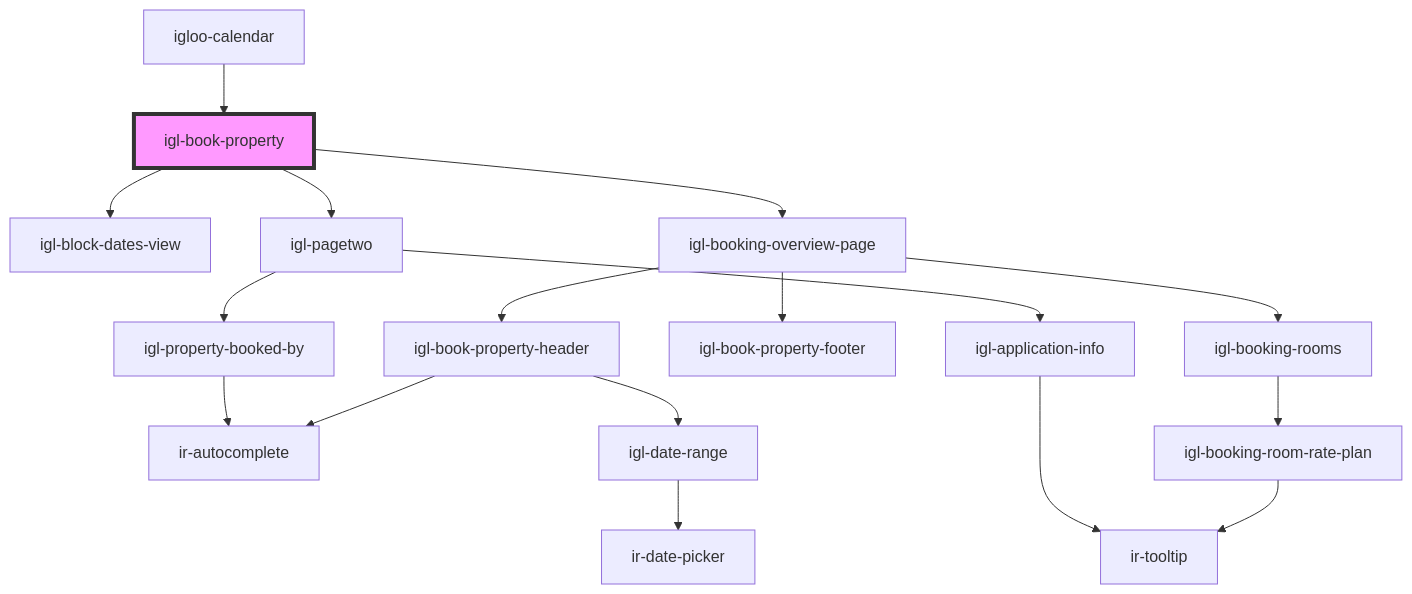
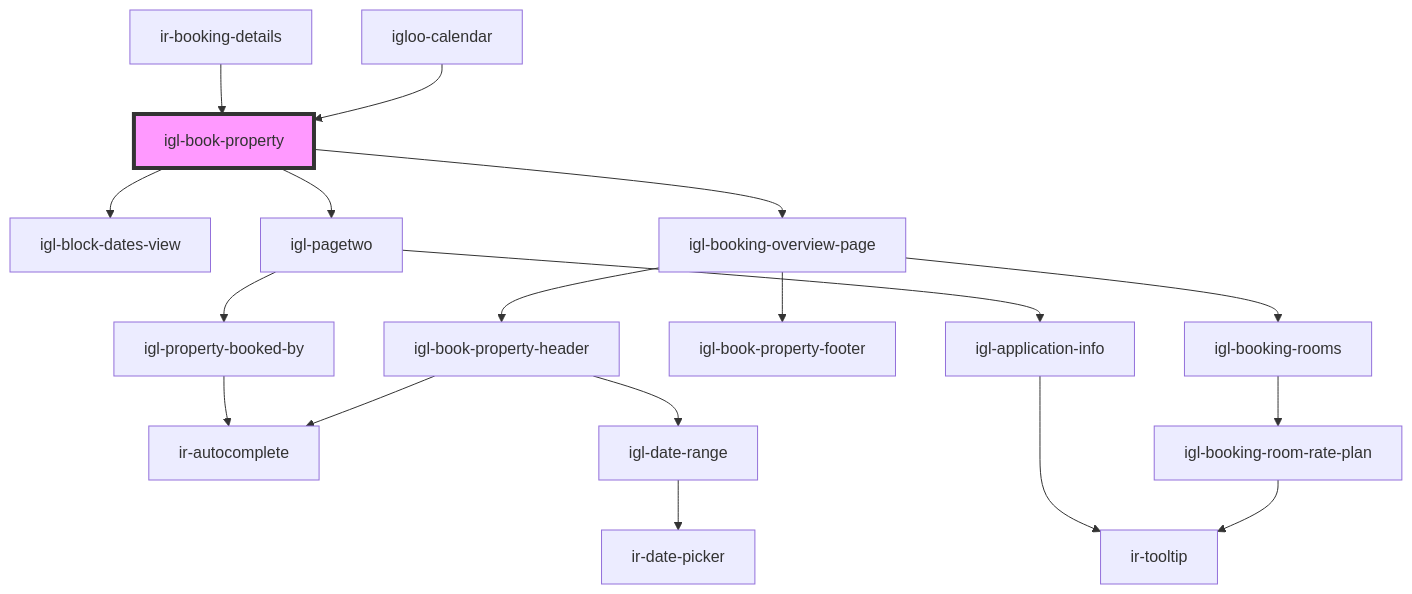
One commit to RonyRizk/ir-webcmp changed the diagram in src/components/igloo-calendar/igl-book-property/readme.md. Above: the diagram before and after it, drawn with Mermaid. The commit also changed other lines of this file and 58 other files, not shown here.

Commit message:
PMS - Booking Details - 1st Round

````diff
--- a/src/components/igloo-calendar/igl-book-property/readme.md
+++ b/src/components/igloo-calendar/igl-book-property/readme.md
@@ -44,20 +46,21 @@
 ```mermaid
 graph TD;
   igl-book-property --> igl-block-dates-view
   igl-book-property --> igl-booking-overview-page
   igl-book-property --> igl-pagetwo
   igl-booking-overview-page --> igl-book-property-header
   igl-booking-overview-page --> igl-booking-rooms
   igl-booking-overview-page --> igl-book-property-footer
   igl-book-property-header --> ir-autocomplete
   igl-book-property-header --> igl-date-range
   igl-date-range --> ir-date-picker
   igl-booking-rooms --> igl-booking-room-rate-plan
   igl-booking-room-rate-plan --> ir-tooltip
   igl-pagetwo --> igl-application-info
   igl-pagetwo --> igl-property-booked-by
   igl-application-info --> ir-tooltip
   igl-property-booked-by --> ir-autocomplete
   igloo-calendar --> igl-book-property
+  ir-booking-details --> igl-book-property
   style igl-book-property fill:#f9f,stroke:#333,stroke-width:4px
 ```
````
